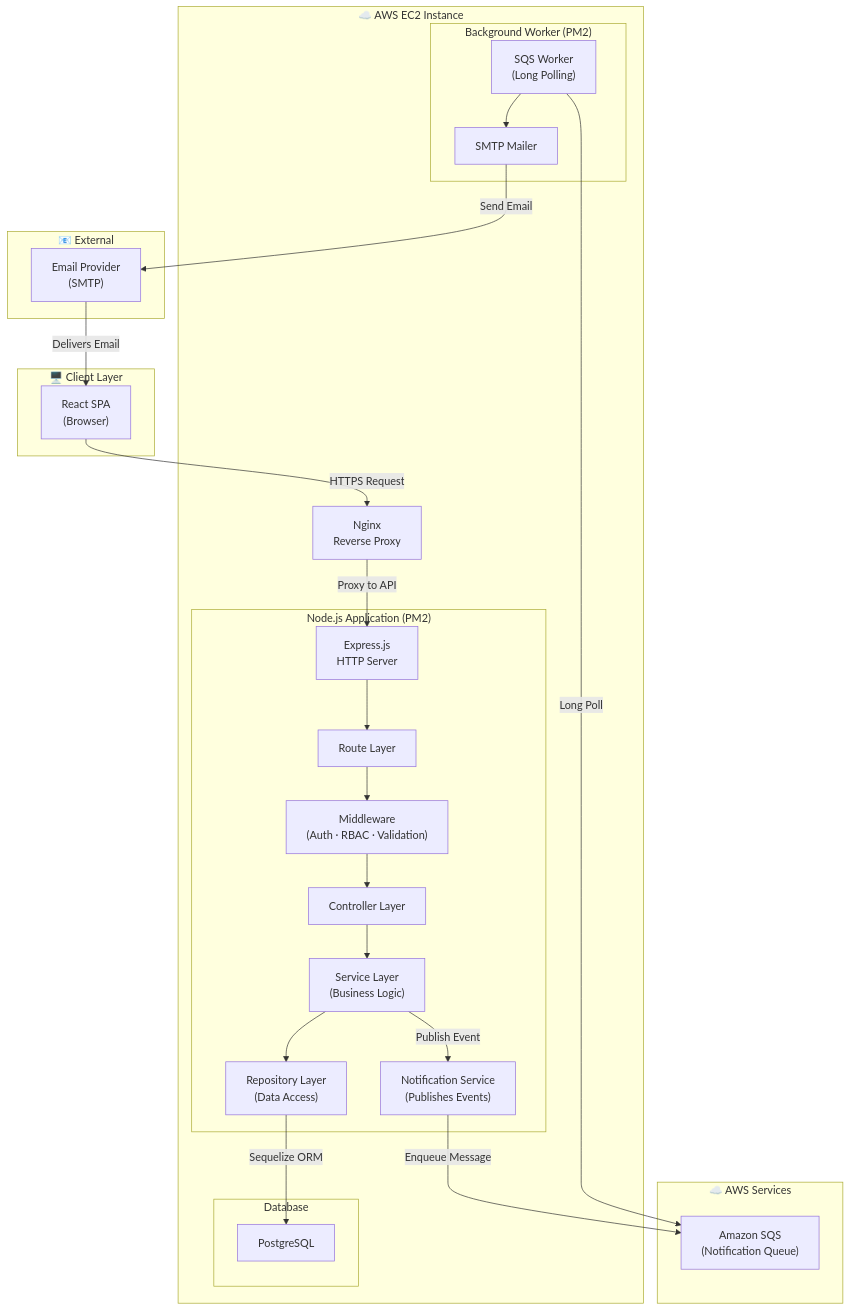
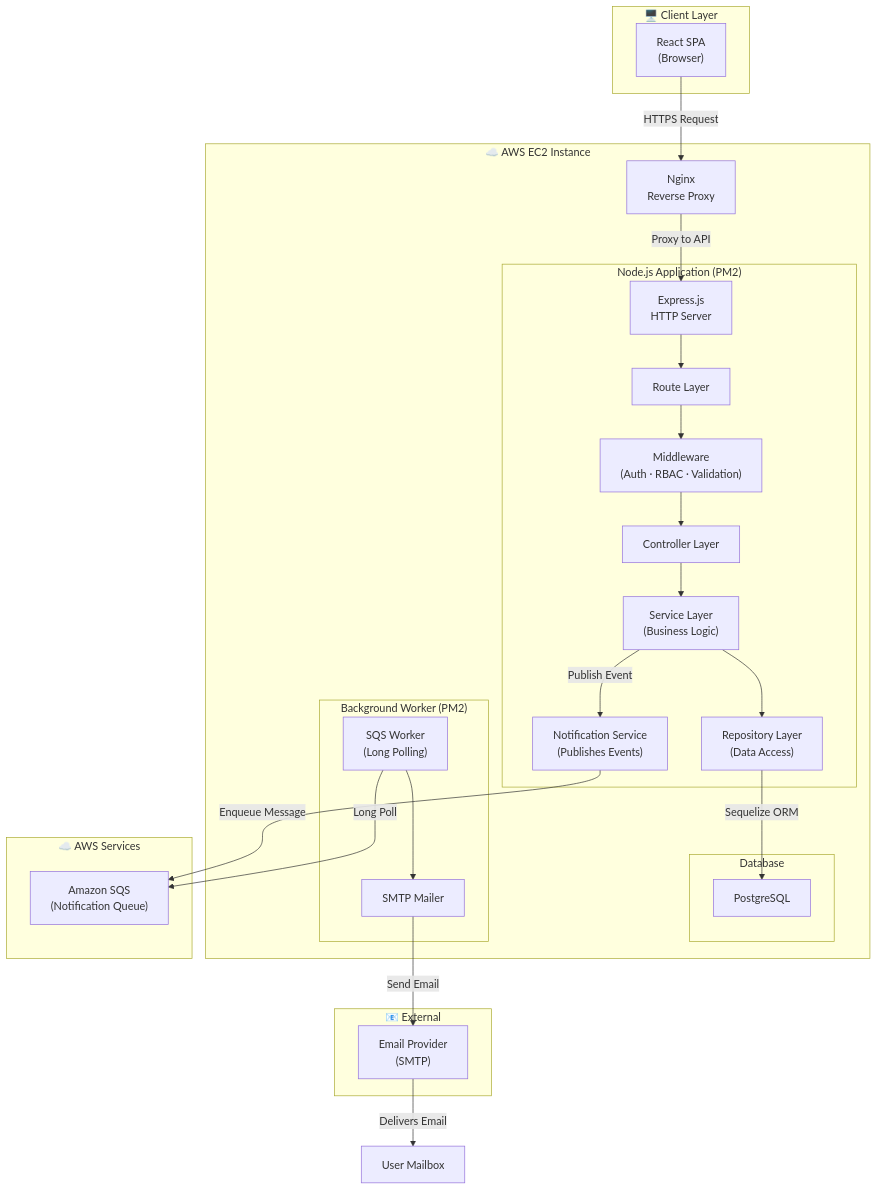
Before and after one commit to AmbyHasan/HMS: the second of 10 diagrams in docs/01-Architecure-Design.md, drawn with Mermaid.

Commit message:
Fix architecure doc

````diff
--- a/docs/01-Architecure-Design.md
+++ b/docs/01-Architecure-Design.md
@@ -68,52 +68,52 @@
 ```mermaid
 graph TD
     subgraph Client["🖥️ Client Layer"]
         Browser["React SPA\n(Browser)"]
     end
 
     subgraph EC2["☁️ AWS EC2 Instance"]
         Nginx["Nginx\nReverse Proxy"]
 
         subgraph App["Node.js Application (PM2)"]
             Express["Express.js\nHTTP Server"]
             Routes["Route Layer"]
             Middleware["Middleware\n(Auth · RBAC · Validation)"]
             Controllers["Controller Layer"]
             Services["Service Layer\n(Business Logic)"]
             Repos["Repository Layer\n(Data Access)"]
             SQSPub["Notification Service\n(Publishes Events)"]
         end
 
         subgraph DB["Database"]
             PG["PostgreSQL"]
         end
 
         subgraph Worker["Background Worker (PM2)"]
             SQSPoll["SQS Worker\n(Long Polling)"]
             SMTP["SMTP Mailer"]
         end
     end
 
     subgraph AWS["☁️ AWS Services"]
         SQS["Amazon SQS\n(Notification Queue)"]
     end
 
     subgraph External["📧 External"]
         EmailSvc["Email Provider\n(SMTP)"]
     end
 
     Browser -->|HTTPS Request| Nginx
     Nginx -->|Proxy to API| Express
     Express --> Routes
     Routes --> Middleware
     Middleware --> Controllers
     Controllers --> Services
     Services --> Repos
     Repos -->|Sequelize ORM| PG
     Services -->|Publish Event| SQSPub
     SQSPub -->|Enqueue Message| SQS
     SQSPoll -->|Long Poll| SQS
     SQSPoll --> SMTP
     SMTP -->|Send Email| EmailSvc
-    EmailSvc -->|Delivers Email| Browser
+    EmailSvc -->|Delivers Email| UserInbox["User Mailbox"]
 ```
````
